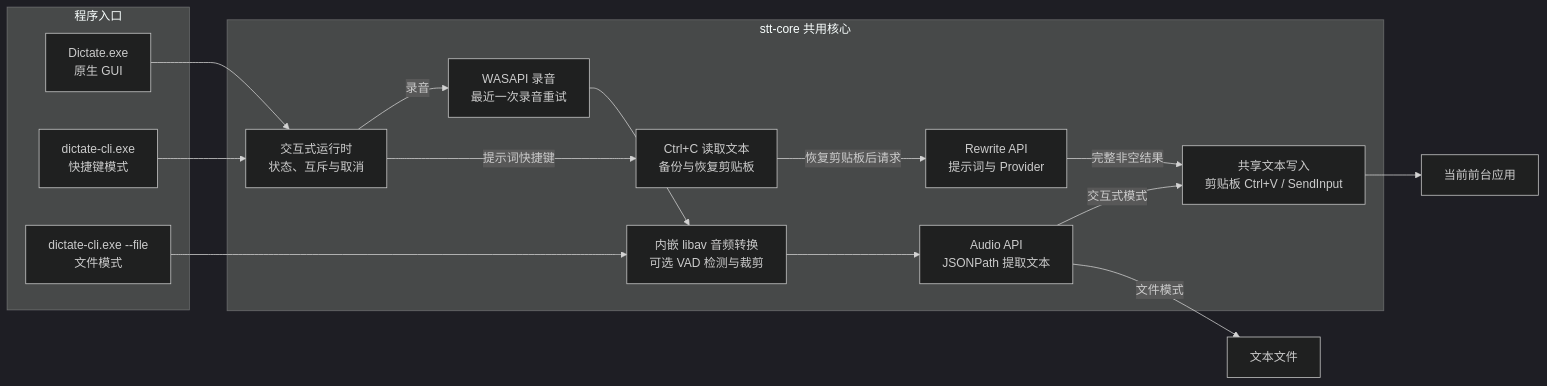
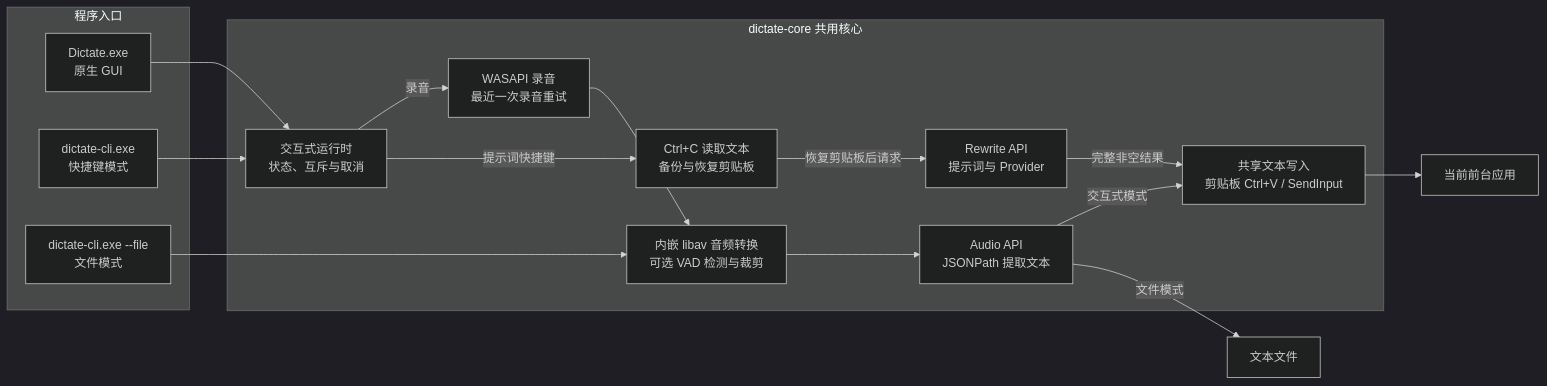
One commit to Joey-Kot/Dictate-for-Windows changed the first of 3 diagrams in README_ZH.md. Above: the diagram before and after it, drawn with Mermaid (dark theme). The commit also changed other lines of this file and 97 other files, not shown here.

````diff
--- a/README_ZH.md
+++ b/README_ZH.md
@@ -43,31 +43,31 @@
 ```mermaid
 flowchart LR
     subgraph Entry["程序入口"]
         GUI["Dictate.exe<br/>原生 GUI"]
         CLI["dictate-cli.exe<br/>快捷键模式"]
         FileMode["dictate-cli.exe --file<br/>文件模式"]
     end
 
-    subgraph Core["stt-core 共用核心"]
+    subgraph Core["dictate-core 共用核心"]
         Runtime["交互式运行时<br/>状态、互斥与取消"]
         Recorder["WASAPI 录音<br/>最近一次录音重试"]
         Selection["Ctrl+C 读取文本<br/>备份与恢复剪贴板"]
         Prepare["内嵌 libav 音频转换<br/>可选 VAD 检测与裁剪"]
         ASR["Audio API<br/>JSONPath 提取文本"]
         Rewrite["Rewrite API<br/>提示词与 Provider"]
         Output["共享文本写入<br/>剪贴板 Ctrl+V / SendInput"]
     end
 
     GUI --> Runtime
     CLI --> Runtime
     Runtime -->|录音| Recorder
     Recorder --> Prepare
     FileMode --> Prepare
     Prepare --> ASR
     Runtime -->|提示词快捷键| Selection
     Selection -->|恢复剪贴板后请求| Rewrite
     ASR -->|交互式模式| Output
     Rewrite -->|完整非空结果| Output
     Output --> App["当前前台应用"]
     ASR -->|文件模式| TextFile["文本文件"]
 ```
````
